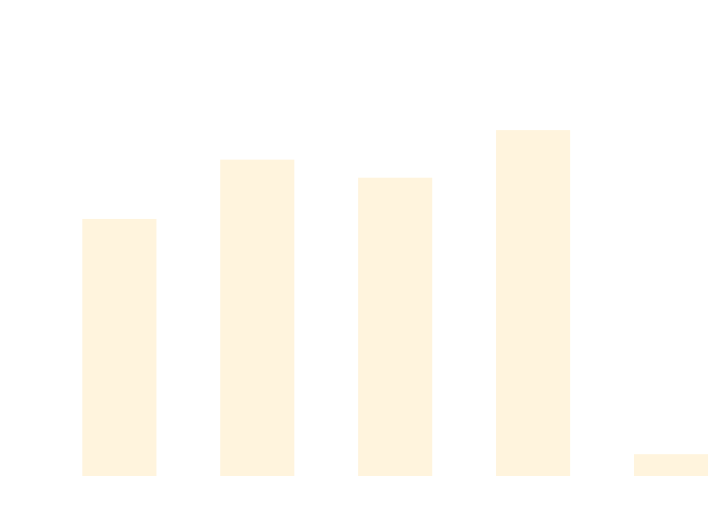
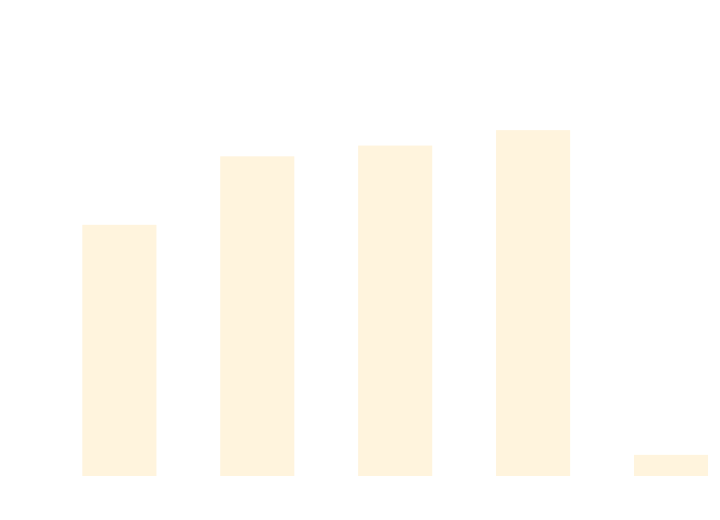
The diagram in docs/docs/benchmarks/DataDrivenTests.md (thomhurst/TUnit), drawn with Mermaid before and after one commit. The commit also changed other lines of this file and 17 other files, not shown here.

````diff
--- a/docs/docs/benchmarks/DataDrivenTests.md
+++ b/docs/docs/benchmarks/DataDrivenTests.md
@@ -27,37 +27,37 @@
 ```mermaid
 %%{init: {
   'theme':'base',
   'themeVariables': {
     'primaryColor': '#2563eb',
     'primaryTextColor': '#ffffff',
     'primaryBorderColor': '#1e40af',
     'lineColor': '#6b7280',
     'secondaryColor': '#7c3aed',
     'tertiaryColor': '#dc2626',
     'background': '#ffffff',
     'mainBkg': '#2563eb',
     'secondBkg': '#7c3aed',
     'tertiaryBkg': '#dc2626',
     'clusterBkg': '#f3f4f6',
     'edgeLabelBackground': '#ffffff',
     'tertiaryTextColor': '#1f2937',
     'pie1': '#2563eb',
     'pie2': '#7c3aed',
     'pie3': '#dc2626',
     'pie4': '#f59e0b',
     'pie5': '#10b981',
     'pie6': '#06b6d4',
     'pie7': '#ec4899',
     'pie8': '#6366f1',
     'pie9': '#84cc16',
     'pie10': '#f97316',
     'pie11': '#14b8a6',
     'pie12': '#a855f7'
   }
 }}%%
 xychart-beta
   title "DataDrivenTests Performance Comparison"
   x-axis ["TUnit", "NUnit", "MSTest", "xUnit3", "TUnit_AOT"]
-  y-axis "Time (ms)" 0 --> 773
-  bar [474.43, 587.6, 553.14, 643.96, 25.39]
+  y-axis "Time (ms)" 0 --> 759
+  bar [454.82, 583.16, 603.33, 632.25, 23.7]
 ```
````
